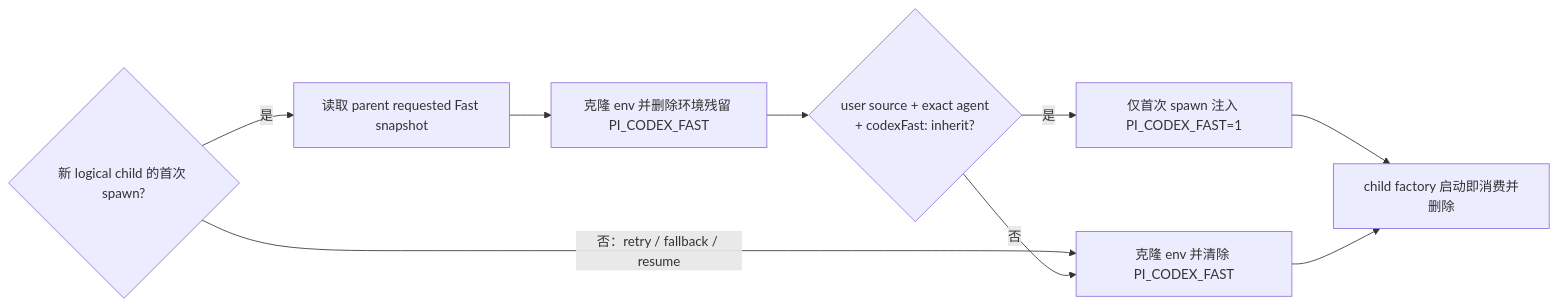
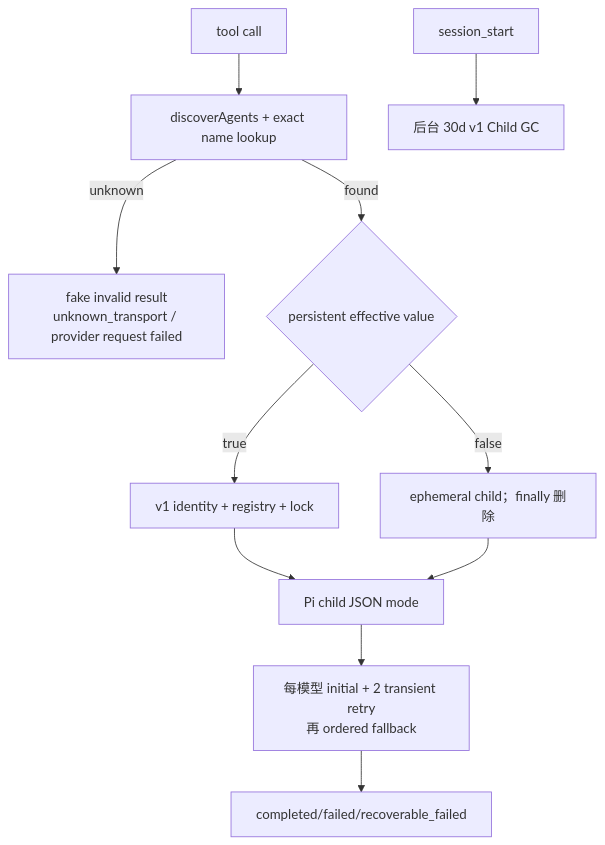
Before and after one commit to ZHOUKAILIAN/my-pi-extension: diagram 12 of 12 in docs/02-产品实现/subagent-dispatcher-流程图.md, drawn with Mermaid. The commit also changed other lines of this file and 47 other files, not shown here.

````diff
--- a/docs/02-产品实现/subagent-dispatcher-流程图.md
+++ b/docs/02-产品实现/subagent-dispatcher-流程图.md
@@ -144,11 +386,13 @@
 ```mermaid
-flowchart LR
-  A{新 logical child 的首次 spawn?} -->|否：retry / fallback / resume| F[克隆 env 并清除 PI_CODEX_FAST]
-  A -->|是| B[读取 parent requested Fast snapshot]
-  B --> C[克隆 env 并删除环境残留 PI_CODEX_FAST]
-  C --> D{user source + exact agent<br/>+ codexFast: inherit?}
-  D -->|是| E[仅首次 spawn 注入 PI_CODEX_FAST=1]
-  D -->|否| F
-  E --> G[child factory 启动即消费并删除]
-  F --> G
+flowchart TD
+  A[tool call] --> D[discoverAgents + exact name lookup]
+  D -->|unknown| U[fake invalid result<br/>unknown_transport / provider request failed]
+  D -->|found| P{persistent effective value}
+  P -->|true| I[v1 identity + registry + lock]
+  P -->|false| E[ephemeral child；finally 删除]
+  I --> R[Pi child JSON mode]
+  E --> R
+  R --> T[每模型 initial + 2 transient retry<br/>再 ordered fallback]
+  T --> O[completed/failed/recoverable_failed]
+  SS[session_start] --> GC[后台 30d v1 Child GC]
 ```
````
